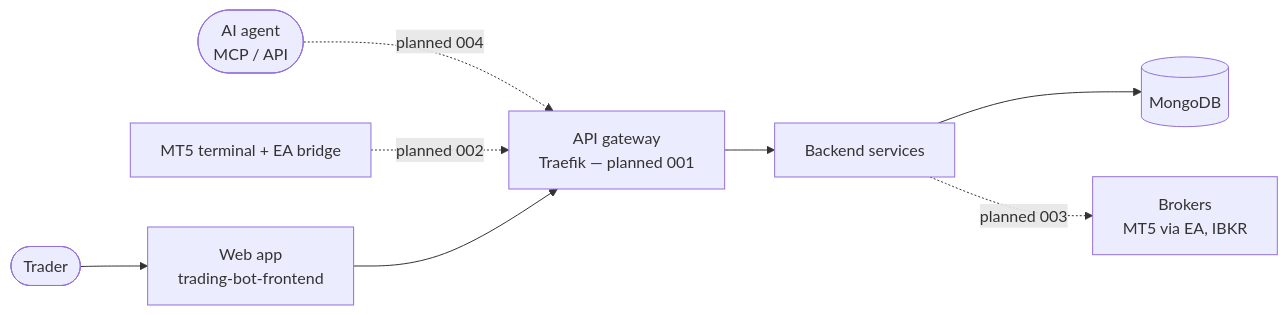
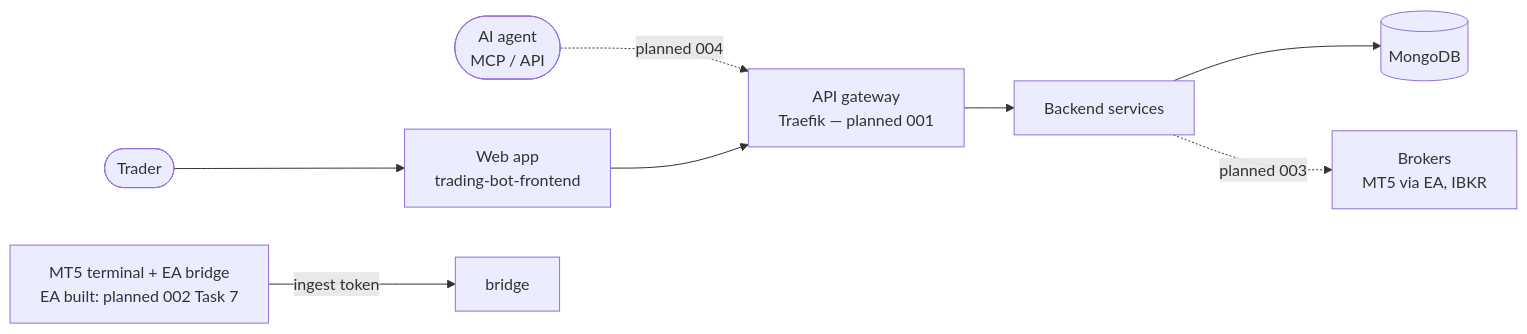
The first of 2 diagrams in docs/architecture.md (HarryWarrior/Trading-bot-backend), drawn with Mermaid before and after one commit. The commit also changed other lines of this file and 5 other files, not shown here.

Commit message:
docs: mt5-bridge service and EA flow

````diff
--- a/docs/architecture.md
+++ b/docs/architecture.md
@@ -5,10 +5,10 @@
 ```mermaid
 flowchart LR
   trader([Trader]) --> web[Web app<br/>trading-bot-frontend]
   ai([AI agent<br/>MCP / API]) -. planned 004 .-> gw
-  ea[MT5 terminal + EA bridge] -. planned 002 .-> gw
+  ea[MT5 terminal + EA bridge<br/>EA built: planned 002 Task 7] -->|ingest token| bridge
   web --> gw[API gateway<br/>Traefik — planned 001]
   gw --> svc[Backend services]
   svc --> mongo[(MongoDB)]
   svc -. planned 003 .-> brokers[Brokers<br/>MT5 via EA, IBKR]
 ```
````
